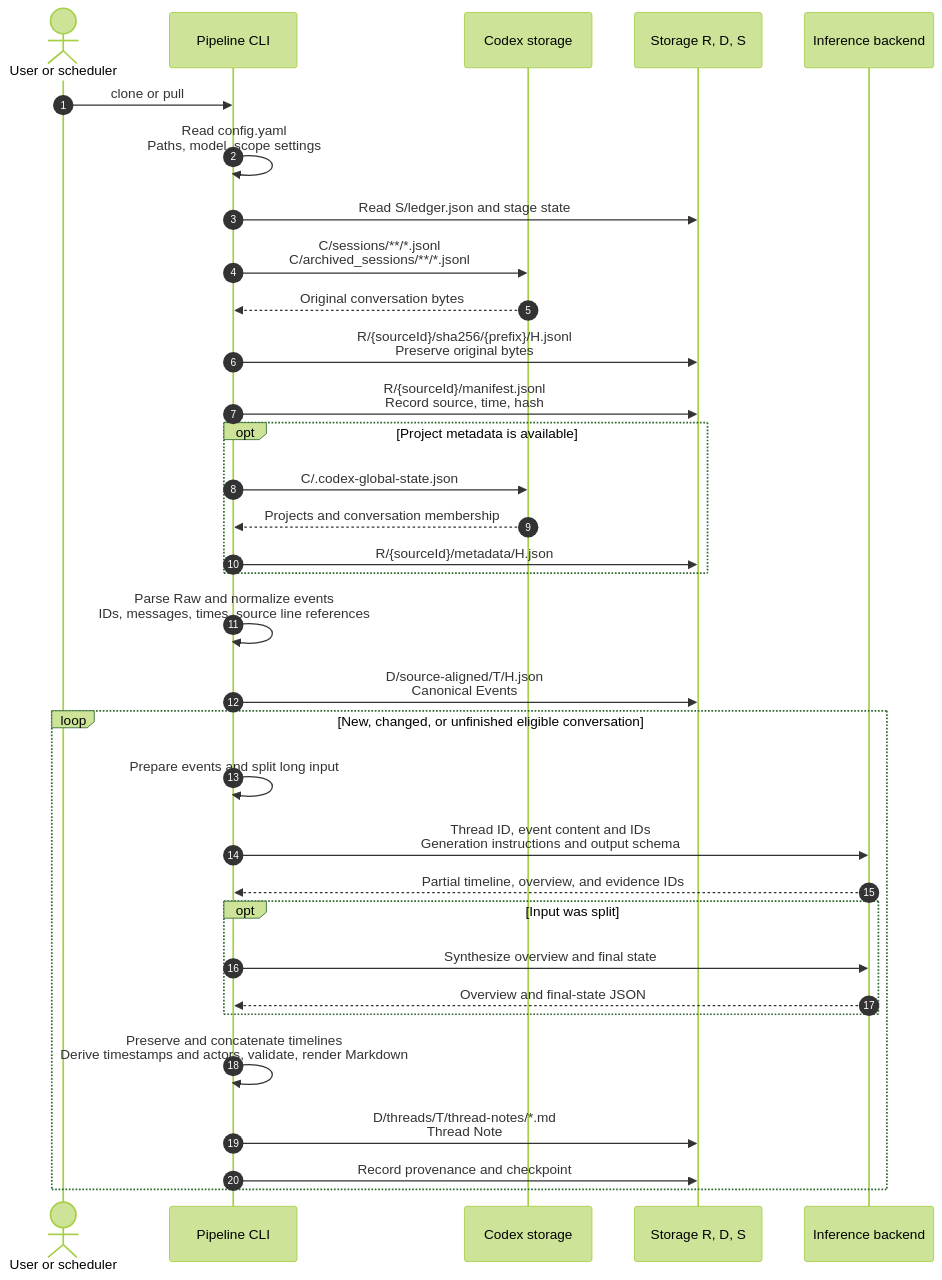
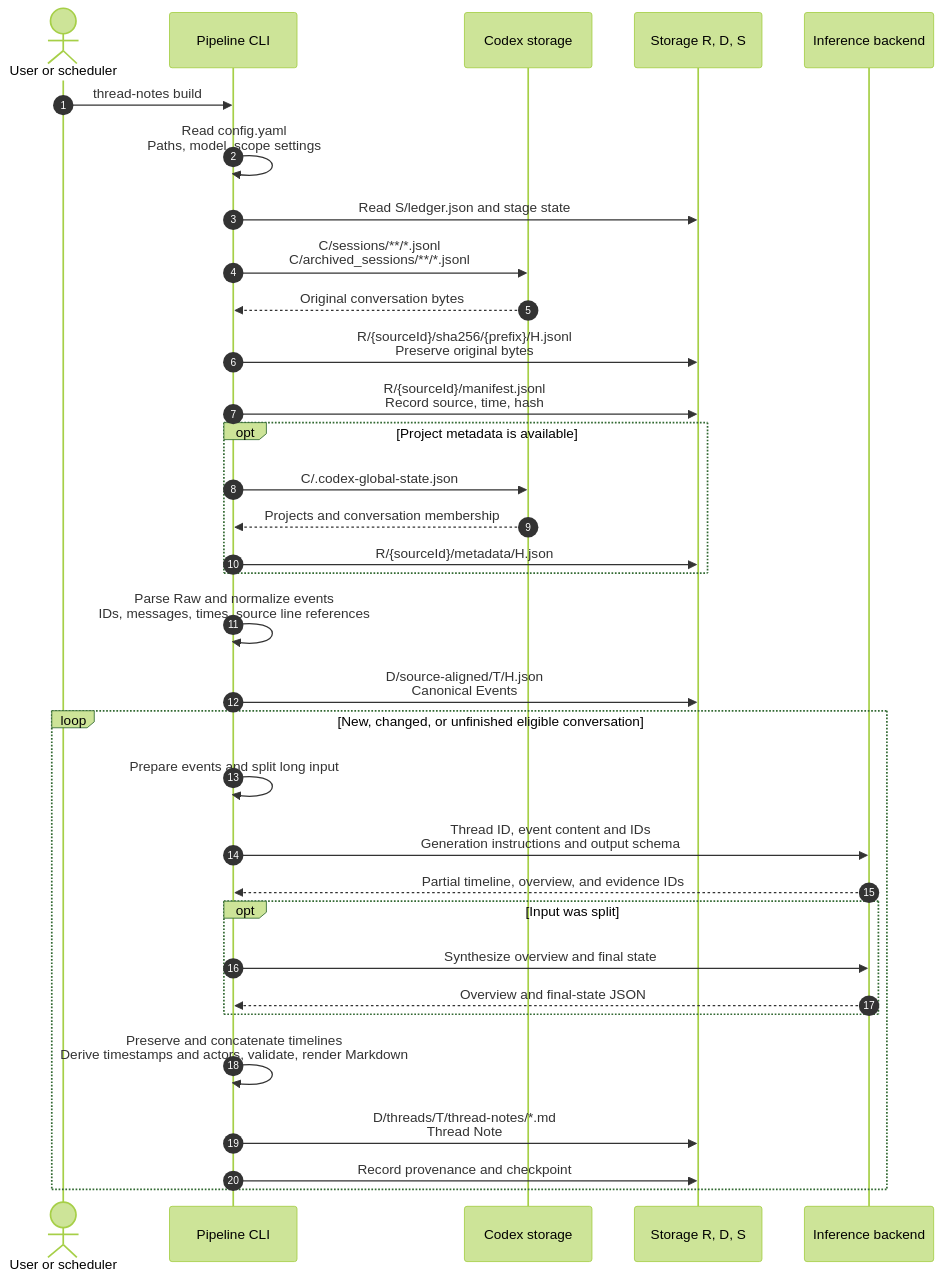
The second of 5 diagrams in README.md (tuckn/tkn_codex_chat_note_pipeline), drawn with Mermaid (forest theme) before and after one commit. The commit also changed other lines of this file and 1 other file, not shown here.

````diff
--- a/README.md
+++ b/README.md
@@ -439,40 +400,40 @@
 ```mermaid
 sequenceDiagram
     autonumber
     actor U as User or scheduler
     participant P as Pipeline CLI
     participant C as Codex storage
     participant F as Storage R, D, S
     participant AI as Inference backend
 
-    U->>P: clone or pull
+    U->>P: thread-notes build
     P->>P: Read config.yaml<br/>Paths, model, scope settings
     P->>F: Read S/ledger.json and stage state
 
     P->>C: C/sessions/**/*.jsonl<br/>C/archived_sessions/**/*.jsonl
     C-->>P: Original conversation bytes
     P->>F: R/{sourceId}/sha256/{prefix}/H.jsonl<br/>Preserve original bytes
     P->>F: R/{sourceId}/manifest.jsonl<br/>Record source, time, hash
 
     opt Project metadata is available
         P->>C: C/.codex-global-state.json
         C-->>P: Projects and conversation membership
         P->>F: R/{sourceId}/metadata/H.json
     end
 
     P->>P: Parse Raw and normalize events<br/>IDs, messages, times, source line references
     P->>F: D/source-aligned/T/H.json<br/>Canonical Events
 
     loop New, changed, or unfinished eligible conversation
         P->>P: Prepare events and split long input
         P->>AI: Thread ID, event content and IDs<br/>Generation instructions and output schema
         AI-->>P: Partial timeline, overview, and evidence IDs
         opt Input was split
             P->>AI: Synthesize overview and final state
             AI-->>P: Overview and final-state JSON
         end
         P->>P: Preserve and concatenate timelines<br/>Derive timestamps and actors, validate, render Markdown
         P->>F: D/threads/T/thread-notes/*.md<br/>Thread Note
         P->>F: Record provenance and checkpoint
     end
 ```
````
